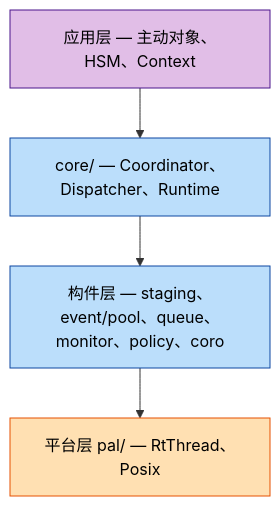
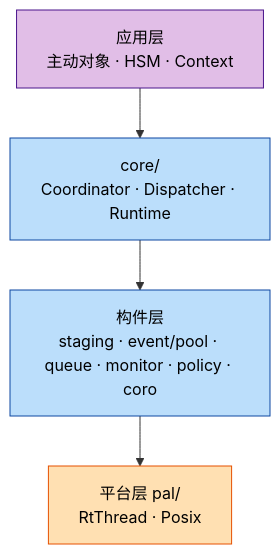
Before and after one commit to DeguiLiu/coact: the second of 2 diagrams in README_zh.md, drawn with Mermaid. The commit also changed other lines of this file and 1 other file, not shown here.

Commit message:
story-docs(dm): rework the README diagrams for clean rendering

````diff
--- a/README_zh.md
+++ b/README_zh.md
@@ -51,11 +48,11 @@
 ```mermaid
 flowchart TB
     classDef app fill:#E1BEE7,stroke:#4A148C,color:#000
     classDef core fill:#BBDEFB,stroke:#0D47A1,color:#000
     classDef pal fill:#FFE0B2,stroke:#E65100,color:#000
-    L4["应用层 — 主动对象、HSM、Context"]:::app
-    L3["core/ — Coordinator、Dispatcher、Runtime"]:::core
-    L2["构件层 — staging、event/pool、queue、monitor、policy、coro"]:::core
-    L1["平台层 pal/ — RtThread、Posix"]:::pal
+    L4["应用层<br/>主动对象 · HSM · Context"]:::app
+    L3["core/<br/>Coordinator · Dispatcher · Runtime"]:::core
+    L2["构件层<br/>staging · event/pool · queue · monitor · policy · coro"]:::core
+    L1["平台层 pal/<br/>RtThread · Posix"]:::pal
     L4 --> L3 --> L2 --> L1
 ```
````
